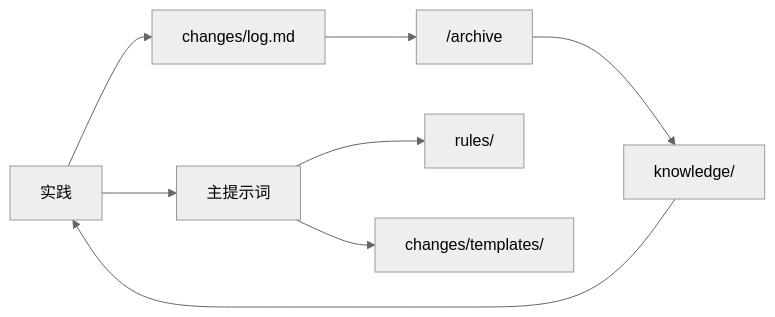
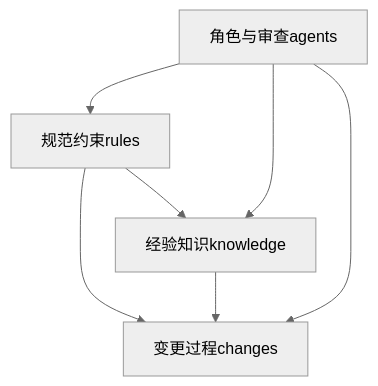
The third of 3 diagrams in .qoder/repowiki/zh/content/知识库系统/知识库系统.md (13679659643/Data_Warehouse_Engineering), drawn with Mermaid (neutral theme) before and after one commit. The commit also changed other lines of this file and 88 other files, not shown here.

````diff
--- a/.qoder/repowiki/zh/content/知识库系统/知识库系统.md
+++ b/.qoder/repowiki/zh/content/知识库系统/知识库系统.md
@@ -311,10 +251,13 @@
 ```mermaid
-graph LR
-Practice["实践"] --> Log["changes/log.md"]
-Log --> Archive["/archive"]
-Archive --> Knowledge["knowledge/"]
-Knowledge --> Practice
-Practice --> Prompt["主提示词"]
-Prompt --> Rules["rules/"]
-Prompt --> Templates["changes/templates/"]
+graph TB
+Rules["规范约束rules"]
+Knowledge["经验知识knowledge"]
+Changes["变更过程changes"]
+Agents["角色与审查agents"]
+Rules --> Knowledge
+Rules --> Changes
+Knowledge --> Changes
+Agents --> Rules
+Agents --> Knowledge
+Agents --> Changes
 ```
````
